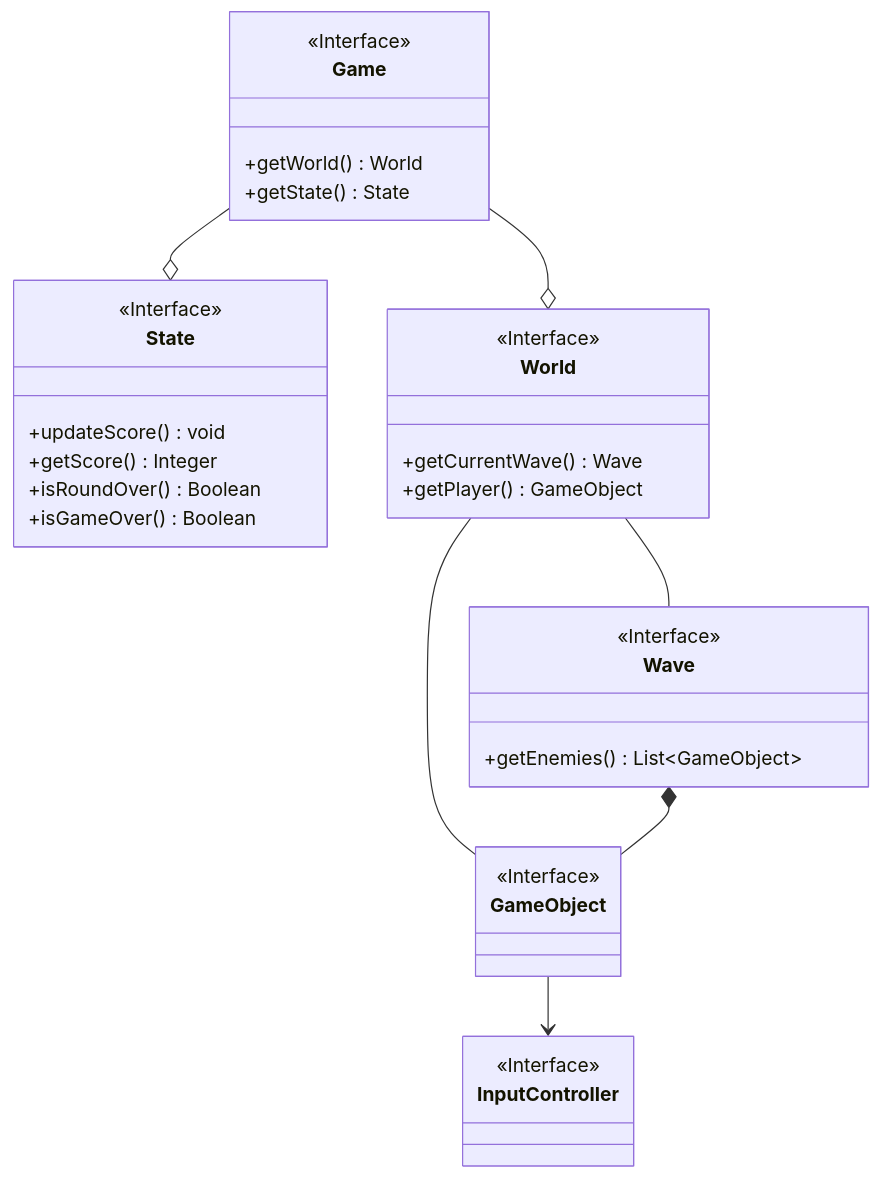
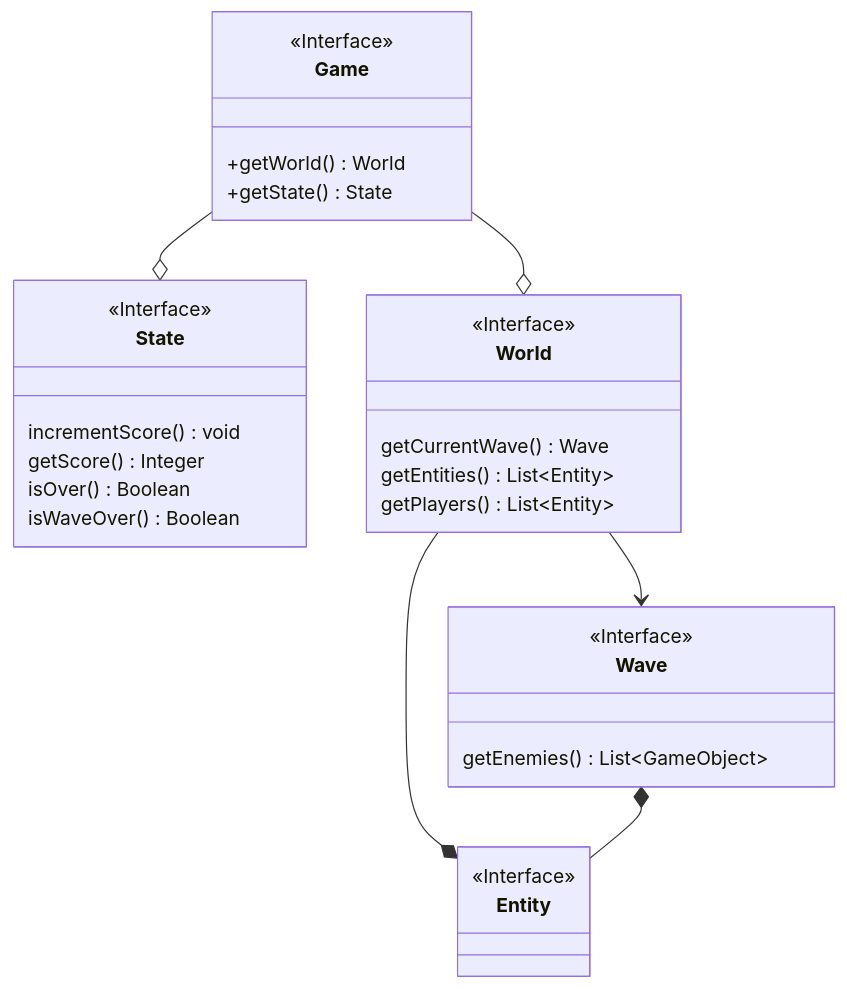
Before and after one commit to nicolodaddabbo/OOP22-t2s-game: the diagram in report/diagram/AnalysisDomainUML.md, drawn with Mermaid. The commit also changed 2 other files, not shown here.

Commit message:
[REPORT] Fixed Analisys

````diff
--- a/report/diagram/AnalysisDomainUML.md
+++ b/report/diagram/AnalysisDomainUML.md
@@ -1,38 +1,36 @@
 ```mermaid
 classDiagram
 %% Relations
 Game --o State
 Game --o World
-World -- Wave
-World -- GameObject
-Wave *-- GameObject
-GameObject --> InputController
-
+World --> Wave
+World --* Entity
+Wave *-- Entity
+s
 class Game{
     <<Interface>>
     +getWorld() World
     +getState() State
 }
 class World{
     <<Interface>>
-    +getCurrentWave() Wave
-    +getPlayer() GameObject
+    getCurrentWave() Wave
+    getEntities() List~Entity~
+    getPlayers() List~Entity~
 }
 class State{
     <<Interface>>
-    +updateScore() void
-    +getScore() Integer
-    +isRoundOver() Boolean
-    +isGameOver() Boolean
+    incrementScore() void
+    getScore() Integer
+    isOver() Boolean
+    isWaveOver() Boolean
 }
 class Wave{
     <<Interface>>
-    +getEnemies() List~GameObject~
+    getEnemies() List~GameObject~
 }
-class GameObject{
+class Entity{
     <<Interface>>
 }
-class InputController{
-    <<Interface>>
-}
+
 ```
````
